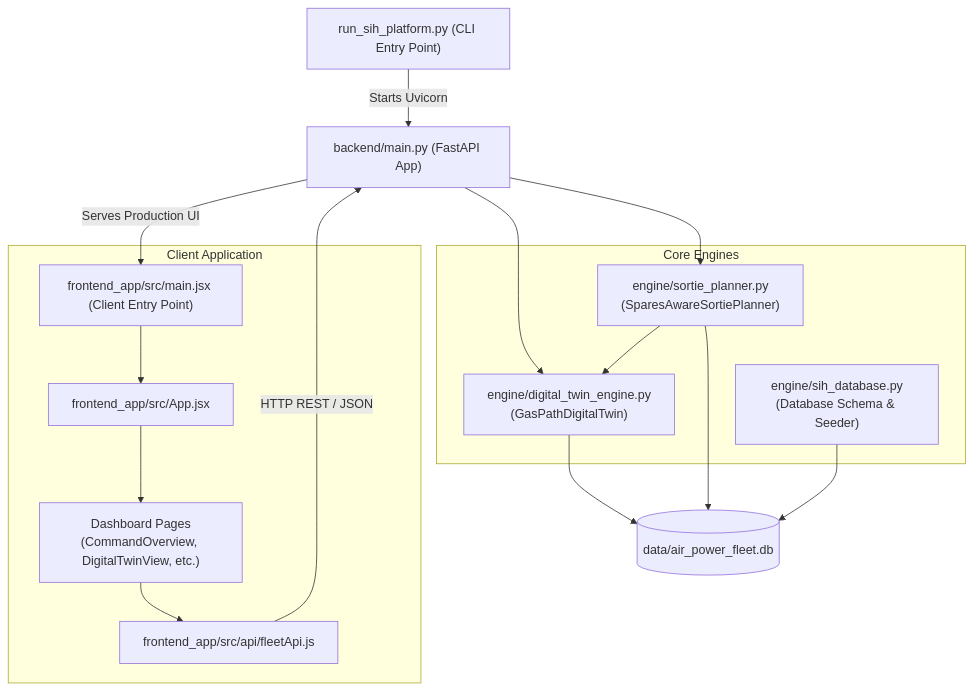
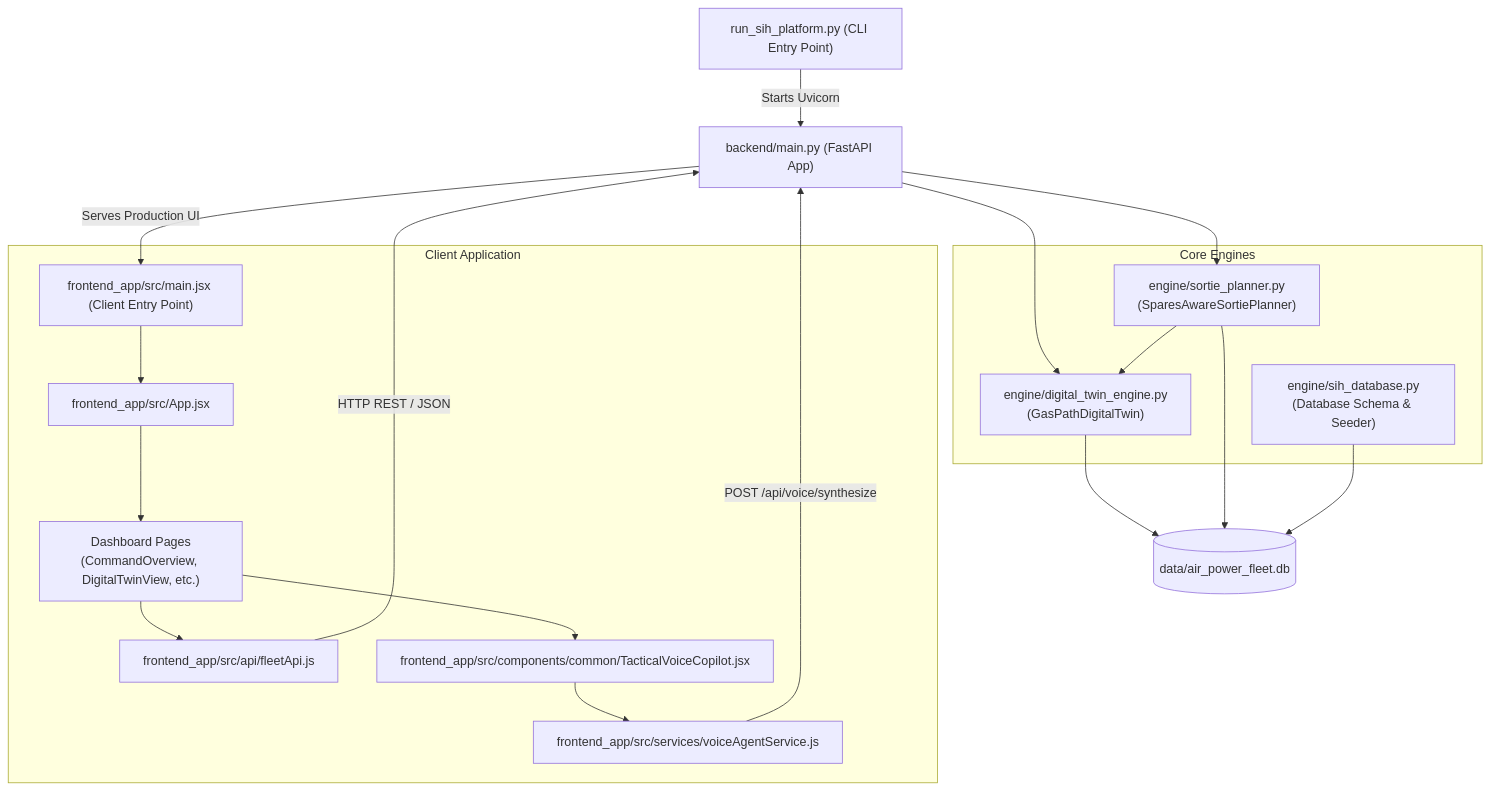
The first of 6 diagrams in flow.md (Sudheesh02/air-power-fleet), drawn with Mermaid before and after one commit. The commit also changed other lines of this file and 1 other file, not shown here.

Commit message:
docs: document Vayu-AI voice agent and C-MAPSS audit package context

````diff
--- a/flow.md
+++ b/flow.md
@@ -9,26 +9,29 @@
 ```mermaid
 flowchart TD
     Launcher["run_sih_platform.py (CLI Entry Point)"] -->|Starts Uvicorn| BackendApp["backend/main.py (FastAPI App)"]
     
     subgraph Core Engines
         TwinEngine["engine/digital_twin_engine.py\n(GasPathDigitalTwin)"]
         SortiePlanner["engine/sortie_planner.py\n(SparesAwareSortiePlanner)"]
         DBSchema["engine/sih_database.py\n(Database Schema & Seeder)"]
     end
 
     BackendApp --> TwinEngine
     BackendApp --> SortiePlanner
     SortiePlanner --> TwinEngine
     TwinEngine --> SQLite[("data/air_power_fleet.db")]
     SortiePlanner --> SQLite
     DBSchema --> SQLite
 
     subgraph Client Application
         ViteMain["frontend_app/src/main.jsx (Client Entry Point)"] --> AppRoot["frontend_app/src/App.jsx"]
         AppRoot --> Pages["Dashboard Pages\n(CommandOverview, DigitalTwinView, etc.)"]
         Pages --> APIClient["frontend_app/src/api/fleetApi.js"]
+        Pages --> VoiceCopilot["frontend_app/src/components/common/TacticalVoiceCopilot.jsx"]
+        VoiceCopilot --> VoiceService["frontend_app/src/services/voiceAgentService.js"]
     end
 
     APIClient -->|HTTP REST / JSON| BackendApp
+    VoiceService -->|POST /api/voice/synthesize| BackendApp
     BackendApp -->|Serves Production UI| ViteMain
 ```
````
